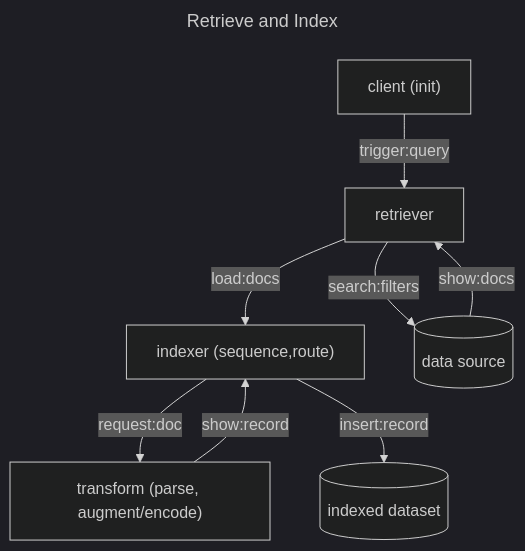
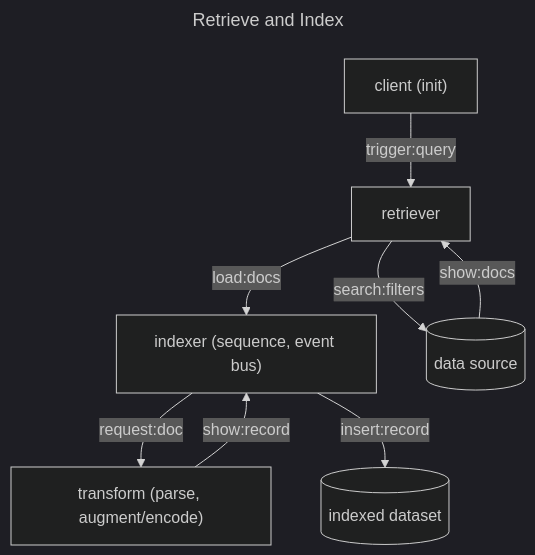
The fourth of 7 diagrams in ml_sys_design.md (ptbdnr/ptbdnr), drawn with Mermaid (dark theme) before and after one commit. The commit also changed other lines of this file, not shown here.

````diff
--- a/ml_sys_design.md
+++ b/ml_sys_design.md
@@ -219,15 +219,15 @@
 ```mermaid
 ---
 title: Retrieve and Index
 ---
 flowchart
     retr["retriever"]
-    idx["indexer (sequence,route)"]
+    idx["indexer (sequence, event bus)"]
     
     client["client (init)"] --trigger:query--> retr 
     retr --search:filters--> db[("data source")] --show:docs--> retr
     retr --load:docs--> idx 
     
     idx --request:doc--> trans["transform (parse, augment/encode)"] --show:record--> idx
     idx --insert:record--> vdb[("indexed dataset")]
 ```
````
